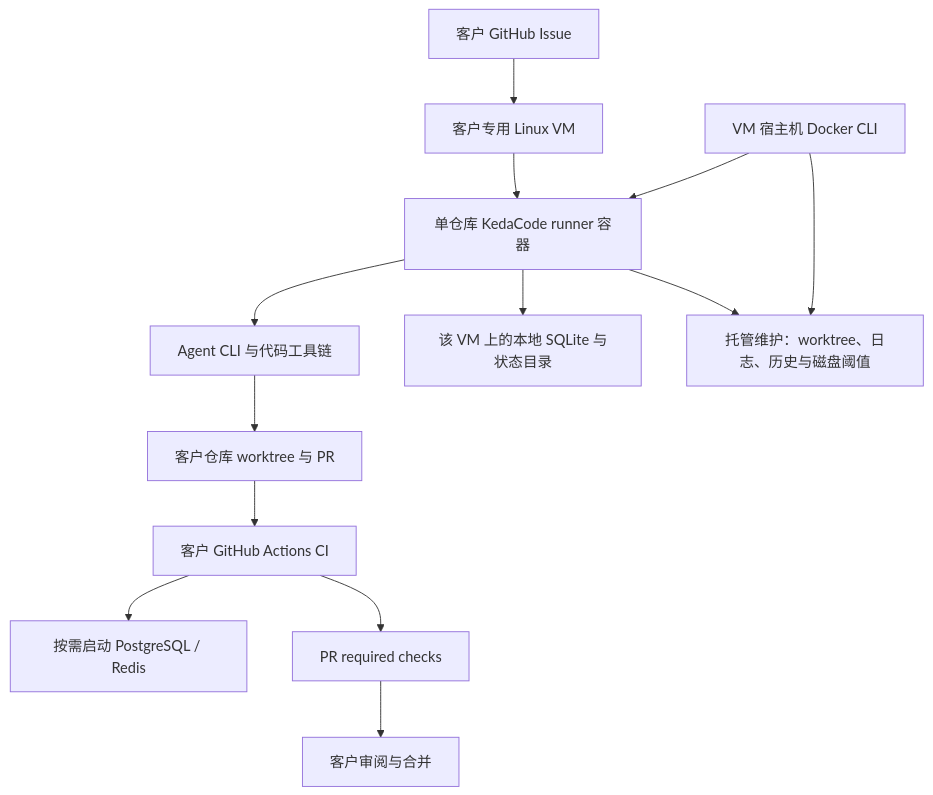
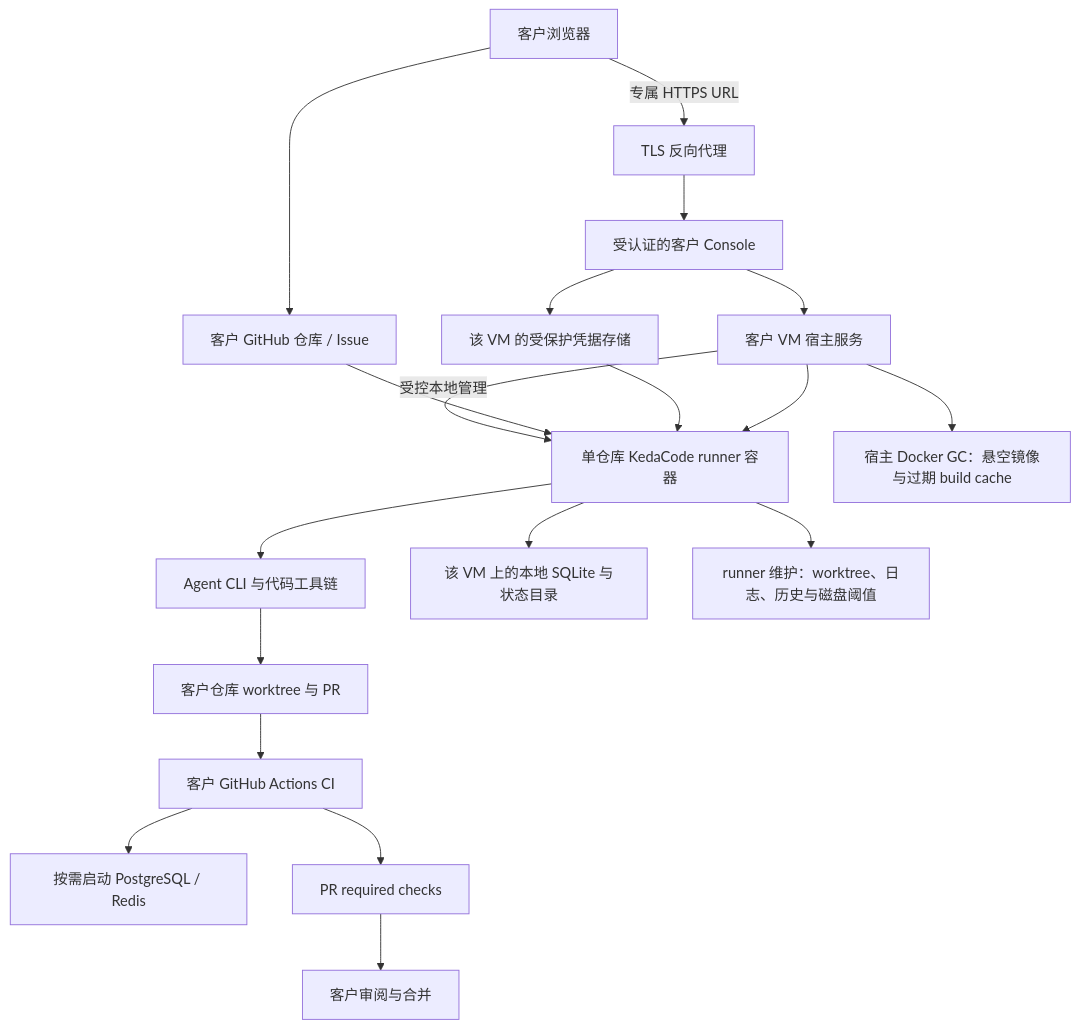
One commit to ZataZhang/keda changed the diagram in tasks/pending/P1-FEAT-20261009-161453-kc-hosted-runner-deployment.md. Above: the diagram before and after it, drawn with Mermaid. The commit also changed other lines of this file and 56 other files, not shown here.

````diff
--- a/tasks/pending/P1-FEAT-20261009-161453-kc-hosted-runner-deployment.md
+++ b/tasks/pending/P1-FEAT-20261009-161453-kc-hosted-runner-deployment.md
@@ -291,15 +349,21 @@
 ```mermaid
 flowchart TD
-    Customer[客户 GitHub Issue] --> VM[客户专用 Linux VM]
-    VM --> Runner[单仓库 KedaCode runner 容器]
+    Customer[客户浏览器] -->|专属 HTTPS URL| Proxy[TLS 反向代理]
+    Proxy --> Console[受认证的客户 Console]
+    Console --> Secret[该 VM 的受保护凭据存储]
+    Console --> Host[客户 VM 宿主服务]
+    Customer --> GitHub[客户 GitHub 仓库 / Issue]
+    Host -->|受控本地管理| Runner[单仓库 KedaCode runner 容器]
+    GitHub --> Runner
+    Secret --> Runner
     Runner --> Agent[Agent CLI 与代码工具链]
     Agent --> Repo[客户仓库 worktree 与 PR]
     Repo --> CI[客户 GitHub Actions CI]
     CI --> Services[按需启动 PostgreSQL / Redis]
     CI --> Checks[PR required checks]
     Checks --> Human[客户审阅与合并]
     Runner --> State[该 VM 上的本地 SQLite 与状态目录]
-    Runner --> GC[托管维护：worktree、日志、历史与磁盘阈值]
-    Host[VM 宿主机 Docker CLI] --> GC
+    Runner --> RunnerGC[runner 维护：worktree、日志、历史与磁盘阈值]
+    Host --> HostGC[宿主 Docker GC：悬空镜像与过期 build cache]
     Host --> Runner
 ```
````
